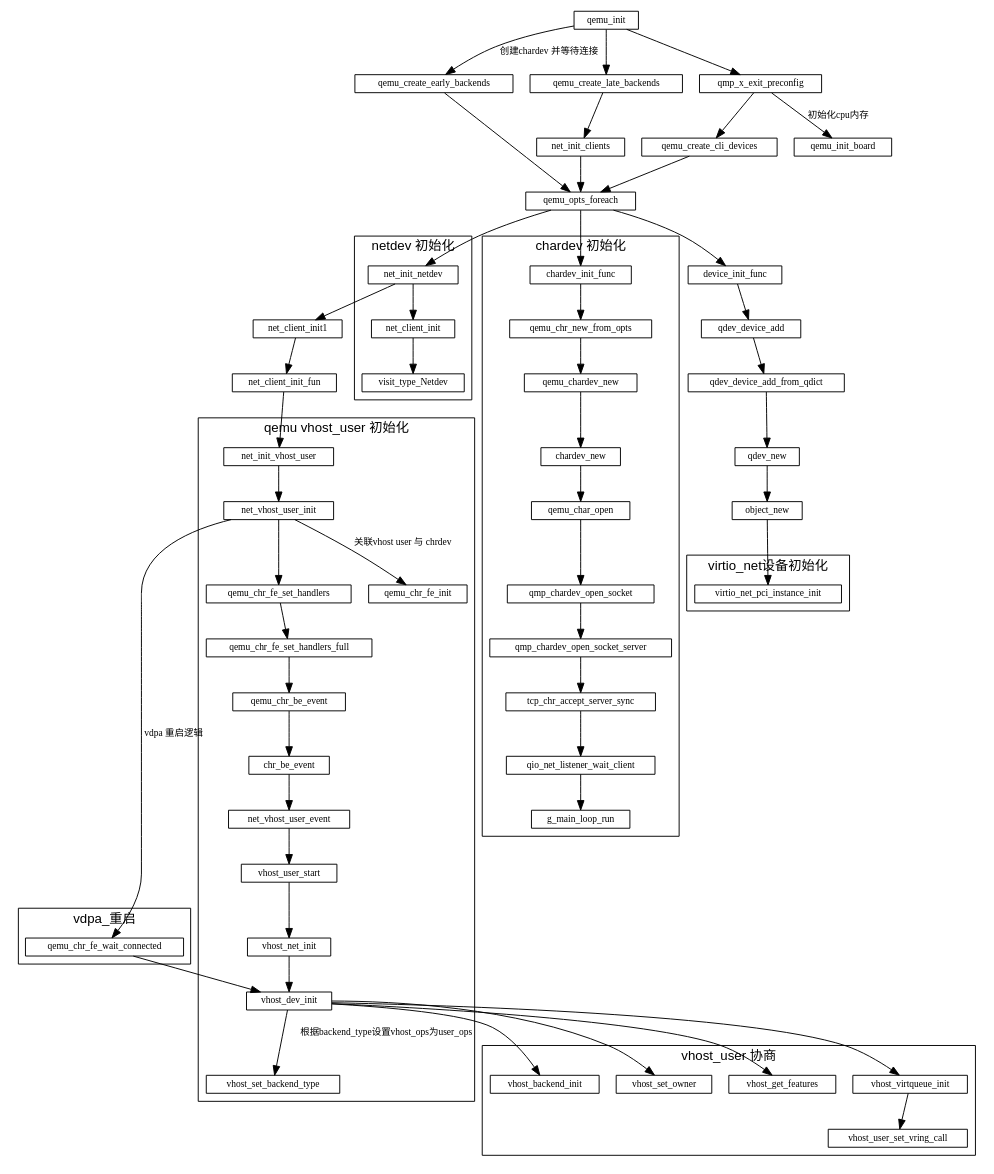
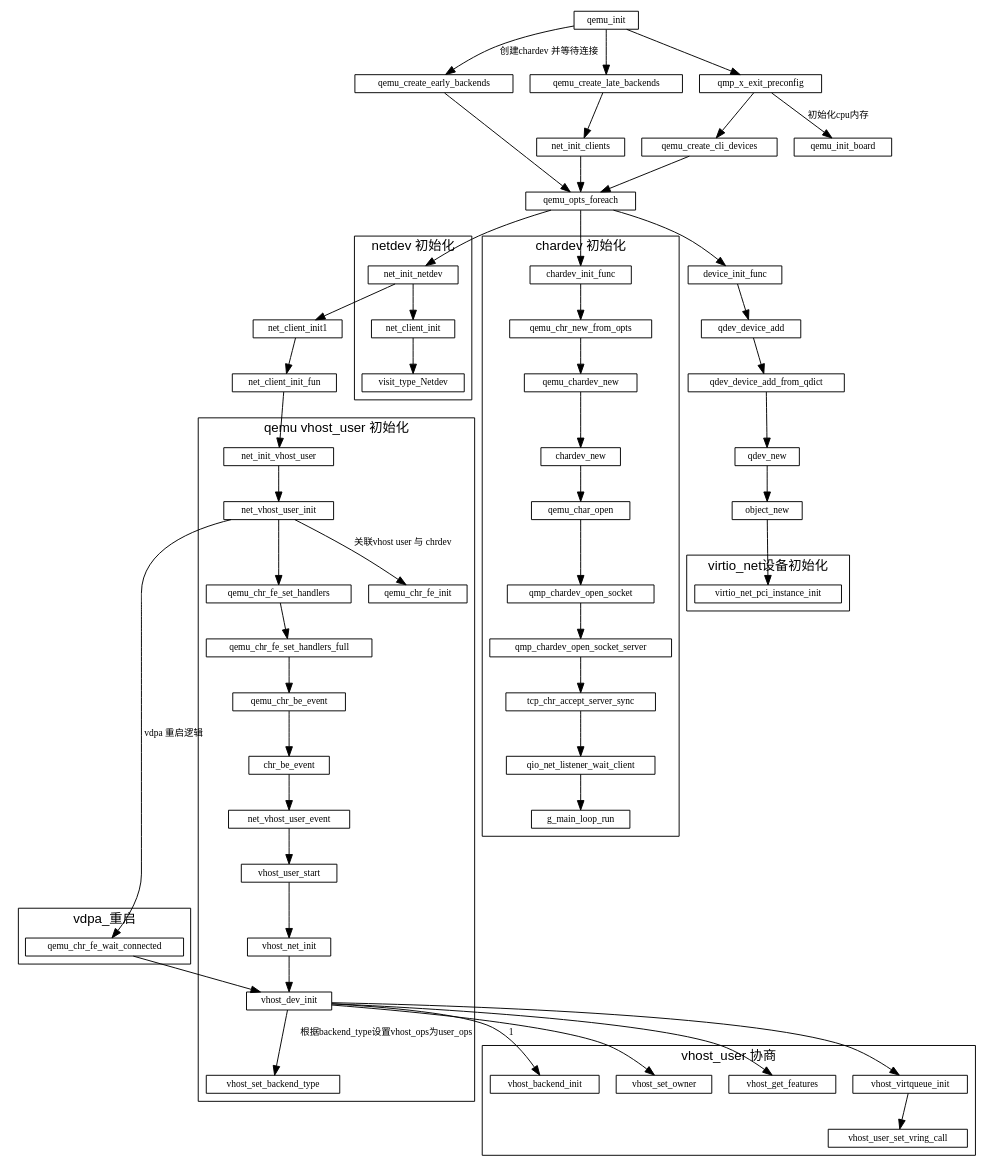
One commit to sisyphus1212/note changed the diagram in qemu/qemu初始化.md. Above: the diagram before and after it, drawn with Graphviz.

Commit message:
auto_update

```diff
--- a/qemu/qemu初始化.md
+++ b/qemu/qemu初始化.md
@@ -67,7 +67,7 @@
     subgraph vhost_user_negotiation {
         label="vhost_user 协商";
         cluster=true;
-        vhost_dev_init -> vhost_backend_init
+        vhost_dev_init -> vhost_backend_init[label="1"]
         vhost_dev_init -> vhost_set_owner
         vhost_dev_init -> vhost_get_features
         vhost_dev_init -> vhost_virtqueue_init
```
